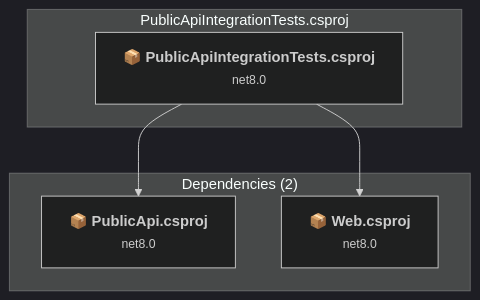
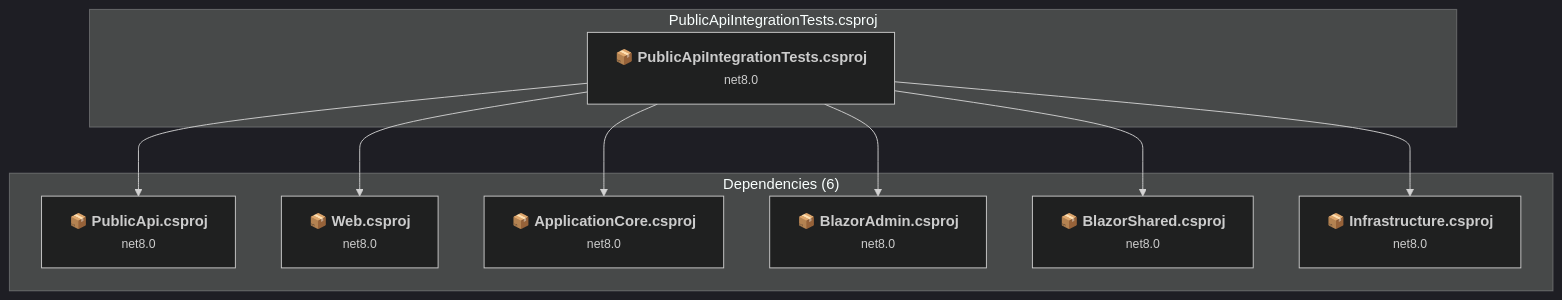
Before and after one commit to kaushganguly/eShopOnWeb: the diagram in .github/upgrades/scenarios/dotnet-version-upgrade/assessment/projects/PublicApiIntegrationTests.md, drawn with Mermaid (dark theme). The commit also changed other lines of this file and 20 other files, not shown here.

````diff
--- a/.github/upgrades/scenarios/dotnet-version-upgrade/assessment/projects/PublicApiIntegrationTests.md
+++ b/.github/upgrades/scenarios/dotnet-version-upgrade/assessment/projects/PublicApiIntegrationTests.md
@@ -31,16 +35,28 @@
 ```mermaid
 flowchart TB
     subgraph current["PublicApiIntegrationTests.csproj"]
         MAIN["<b>📦&nbsp;PublicApiIntegrationTests.csproj</b><br/><small>net8.0</small>"]
         click MAIN "../projects/PublicApiIntegrationTests.md"
     end
-    subgraph downstream["Dependencies (2)"]
+    subgraph downstream["Dependencies (6)"]
         P7["<b>📦&nbsp;PublicApi.csproj</b><br/><small>net8.0</small>"]
         P1["<b>📦&nbsp;Web.csproj</b><br/><small>net8.0</small>"]
+        P3["<b>📦&nbsp;ApplicationCore.csproj</b><br/><small>net8.0</small>"]
+        P8["<b>📦&nbsp;BlazorAdmin.csproj</b><br/><small>net8.0</small>"]
+        P9["<b>📦&nbsp;BlazorShared.csproj</b><br/><small>net8.0</small>"]
+        P2["<b>📦&nbsp;Infrastructure.csproj</b><br/><small>net8.0</small>"]
         click P7 "../projects/PublicApi.md"
         click P1 "../projects/Web.md"
+        click P3 "../projects/ApplicationCore.md"
+        click P8 "../projects/BlazorAdmin.md"
+        click P9 "../projects/BlazorShared.md"
+        click P2 "../projects/Infrastructure.md"
     end
     MAIN --> P7
     MAIN --> P1
+    MAIN --> P3
+    MAIN --> P8
+    MAIN --> P9
+    MAIN --> P2
 
 ```
````
